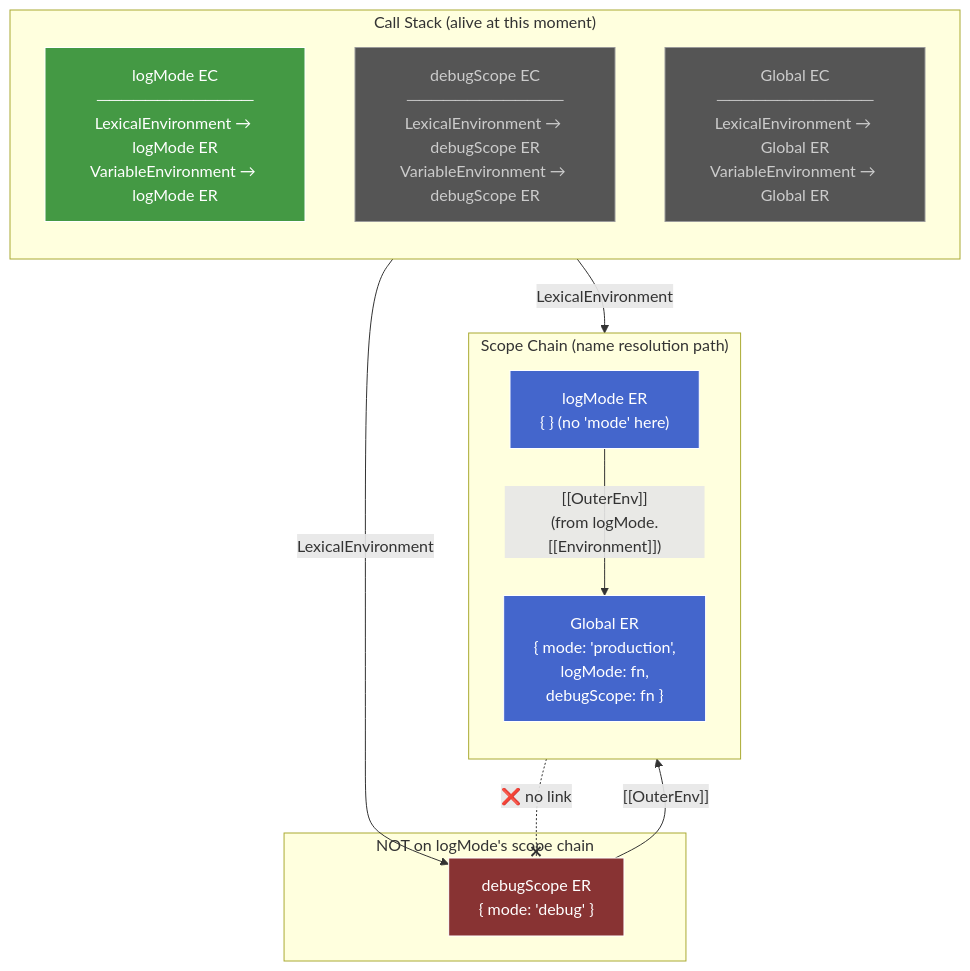
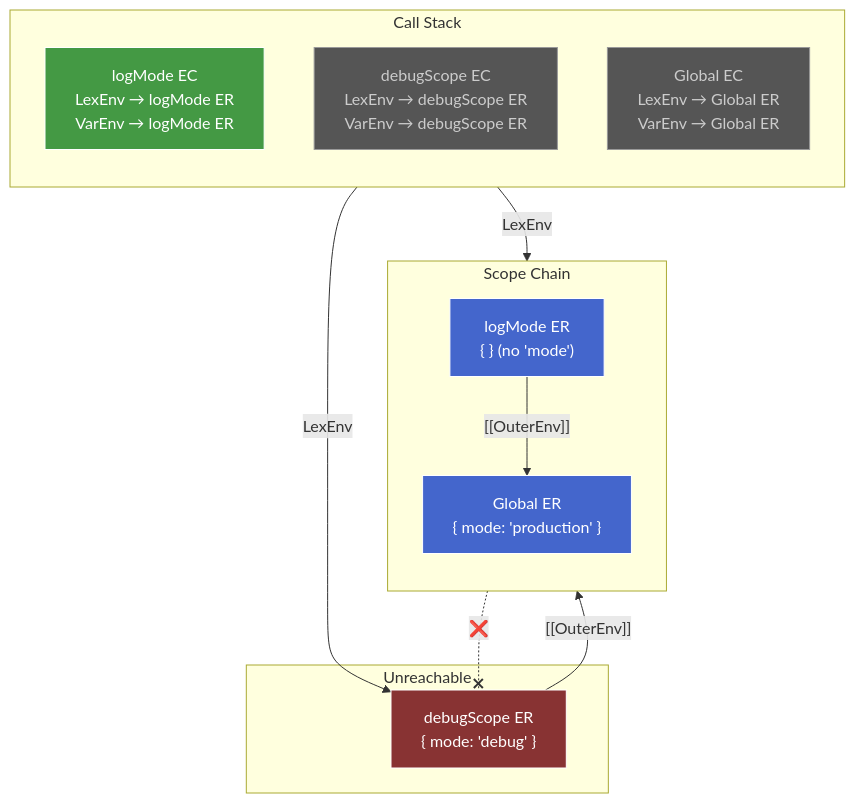
The third of 3 diagrams in courses/js-vars-scope/lexical-scoping-draft.md (kltduong/study-notes), drawn with Mermaid before and after one commit. The commit also changed other lines of this file, not shown here.

Commit message:
lexical scoping draft-5

````diff
--- a/courses/js-vars-scope/lexical-scoping-draft.md
+++ b/courses/js-vars-scope/lexical-scoping-draft.md
@@ -257,34 +275,34 @@
 ```mermaid
 flowchart TB
-  subgraph CALL_STACK["Call Stack (alive at this moment)"]
+  subgraph CS["Call Stack"]
     direction TB
-    EC_LOG["logMode EC<br/>─────────────<br/>LexicalEnvironment → logMode ER<br/>VariableEnvironment → logMode ER"]
-    EC_DEBUG["debugScope EC<br/>─────────────<br/>LexicalEnvironment → debugScope ER<br/>VariableEnvironment → debugScope ER"]
-    EC_GLOBAL["Global EC<br/>─────────────<br/>LexicalEnvironment → Global ER<br/>VariableEnvironment → Global ER"]
+    EC_LOG["logMode EC<br/>LexEnv → logMode ER<br/>VarEnv → logMode ER"]
+    EC_DEBUG["debugScope EC<br/>LexEnv → debugScope ER<br/>VarEnv → debugScope ER"]
+    EC_GLOBAL["Global EC<br/>LexEnv → Global ER<br/>VarEnv → Global ER"]
   end
 
-  subgraph SCOPE_CHAIN["Scope Chain (name resolution path)"]
+  subgraph SC["Scope Chain"]
     direction TB
-    ER_LOG["logMode ER<br/>{ } (no 'mode' here)"]
-    ER_GLOBAL["Global ER<br/>{ mode: 'production',<br/>  logMode: fn,<br/>  debugScope: fn }"]
+    ER_LOG["logMode ER<br/>{ } (no 'mode')"]
+    ER_GLOBAL["Global ER<br/>{ mode: 'production' }"]
   end
 
-  subgraph UNREACHABLE["NOT on logMode's scope chain"]
+  subgraph X["Unreachable"]
     ER_DEBUG["debugScope ER<br/>{ mode: 'debug' }"]
   end
 
-  EC_LOG -->|"LexicalEnvironment"| ER_LOG
-  ER_LOG -->|"[[OuterEnv]]<br/>(from logMode.[[Environment]])"| ER_GLOBAL
+  EC_LOG -->|"LexEnv"| ER_LOG
+  ER_LOG -->|"[[OuterEnv]]"| ER_GLOBAL
 
-  EC_DEBUG -->|"LexicalEnvironment"| ER_DEBUG
+  EC_DEBUG -->|"LexEnv"| ER_DEBUG
   ER_DEBUG -->|"[[OuterEnv]]"| ER_GLOBAL
 
-  ER_LOG -.-x|"❌ no link"| ER_DEBUG
+  ER_LOG -.-x|"❌"| ER_DEBUG
 
   style EC_LOG fill:#494,stroke:#fff,color:#fff
   style EC_DEBUG fill:#555,stroke:#999,color:#ccc
   style EC_GLOBAL fill:#555,stroke:#999,color:#ccc
   style ER_LOG fill:#46c,stroke:#fff,color:#fff
   style ER_GLOBAL fill:#46c,stroke:#fff,color:#fff
   style ER_DEBUG fill:#833,stroke:#fff,color:#fff
 ```
````
